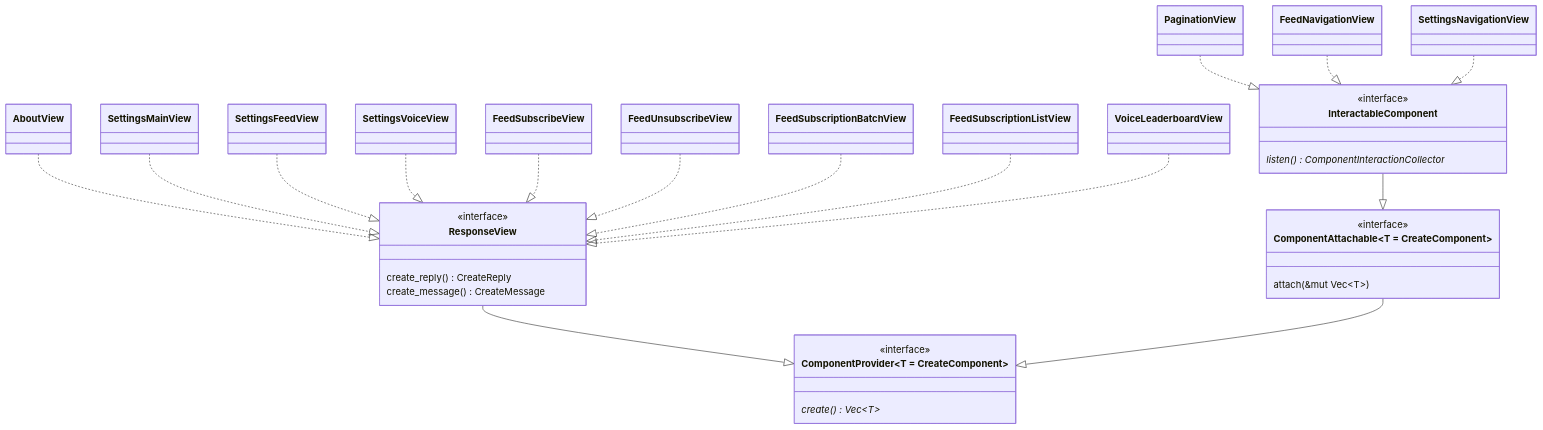
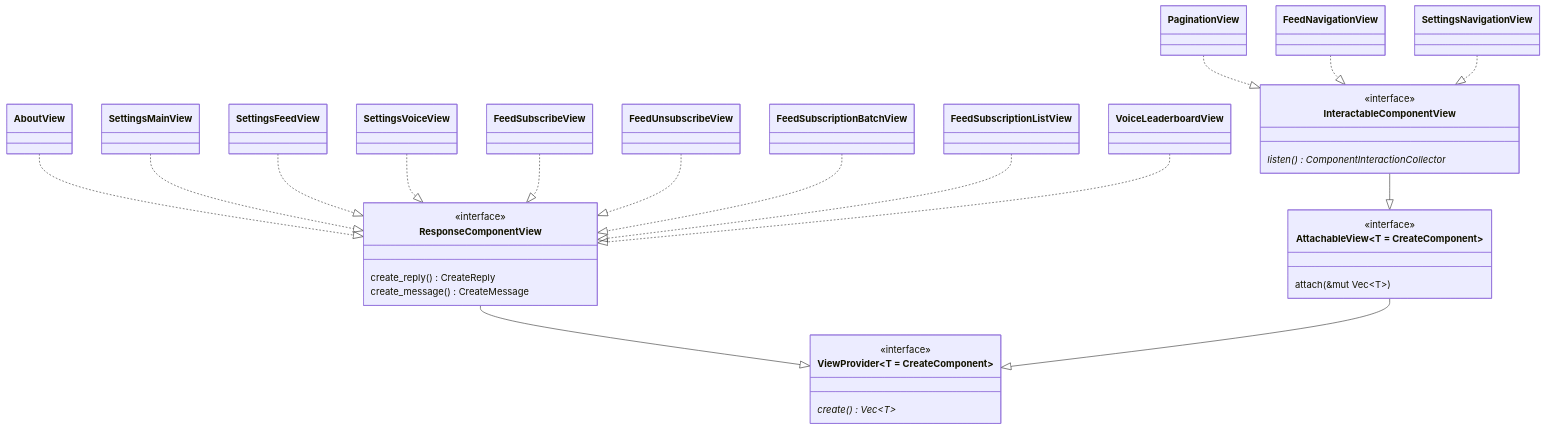
The diagram in docs/diagrams/view-uml.mmd (FAZuH/pwr-bot), drawn with Mermaid before and after one commit. The commit also changed 3 other files, not shown here.

Commit message:
docs: Improve Mermaid docs quality

```diff
--- a/docs/diagrams/view-uml.mmd
+++ b/docs/diagrams/view-uml.mmd
@@ -1,64 +1,64 @@
 %% UI UML
 classDiagram
     %% Interfaces
-    class ComponentProvider~T = CreateComponent~ {
+    class ViewProvider~T = CreateComponent~ {
         <<interface>>
         create() Vec~T~*
     }
 
-    class ResponseView {
+    class ResponseComponentView {
         <<interface>>
         create_reply() CreateReply
         create_message() CreateMessage
     }
 
-    class ComponentAttachable~T = CreateComponent~ {
+    class AttachableView~T = CreateComponent~ {
         <<interface>>
         attach(&mut Vec~T~)
     }
 
-    class InteractableComponent {
+    class InteractableComponentView {
         <<interface>>
         listen() ComponentInteractionCollector*
     }
 
     %% Interface Relationships
-    ResponseView --|> ComponentProvider
-    ComponentAttachable --|> ComponentProvider
-    InteractableComponent --|> ComponentAttachable
+    ResponseComponentView --|> ViewProvider
+    AttachableView --|> ViewProvider
+    InteractableComponentView --|> AttachableView
 
     %% Classes
     class AboutView
 
     class SettingsMainView
     class SettingsFeedView
     class SettingsVoiceView
     class SettingsNavigationView
 
     class FeedSubscribeView
     class FeedUnsubscribeView
     class FeedSubscriptionBatchView
     class FeedSubscriptionListView
     class FeedNavigationView
 
     class VoiceLeaderboardView
     
     class PaginationView
 
     %% Class Relationships
-    AboutView ..|> ResponseView
+    AboutView ..|> ResponseComponentView
 
-    SettingsMainView ..|> ResponseView
-    SettingsFeedView ..|> ResponseView
-    SettingsVoiceView ..|> ResponseView
+    SettingsMainView ..|> ResponseComponentView
+    SettingsFeedView ..|> ResponseComponentView
+    SettingsVoiceView ..|> ResponseComponentView
 
-    FeedSubscribeView ..|> ResponseView
-    FeedUnsubscribeView ..|> ResponseView
-    FeedSubscriptionBatchView ..|> ResponseView
-    FeedSubscriptionListView ..|> ResponseView
+    FeedSubscribeView ..|> ResponseComponentView
+    FeedUnsubscribeView ..|> ResponseComponentView
+    FeedSubscriptionBatchView ..|> ResponseComponentView
+    FeedSubscriptionListView ..|> ResponseComponentView
 
-    VoiceLeaderboardView ..|> ResponseView
+    VoiceLeaderboardView ..|> ResponseComponentView
 
-    PaginationView ..|> InteractableComponent
-    FeedNavigationView ..|> InteractableComponent
-    SettingsNavigationView ..|> InteractableComponent
+    PaginationView ..|> InteractableComponentView
+    FeedNavigationView ..|> InteractableComponentView
+    SettingsNavigationView ..|> InteractableComponentView
```
